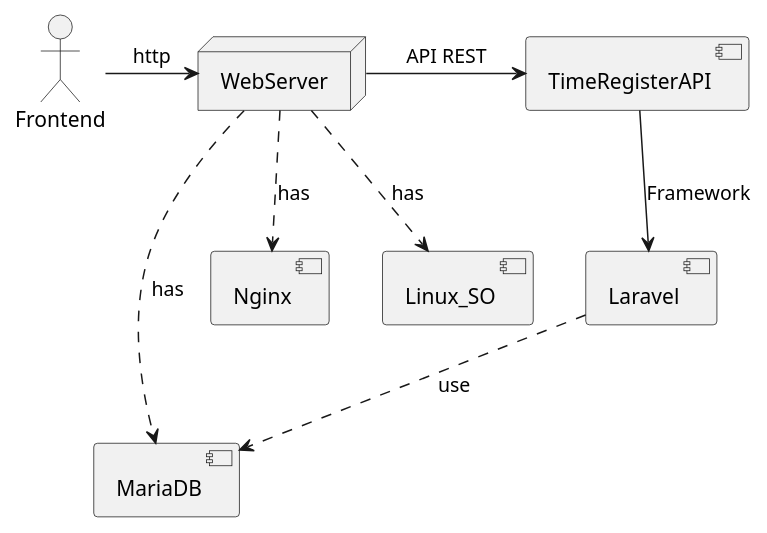
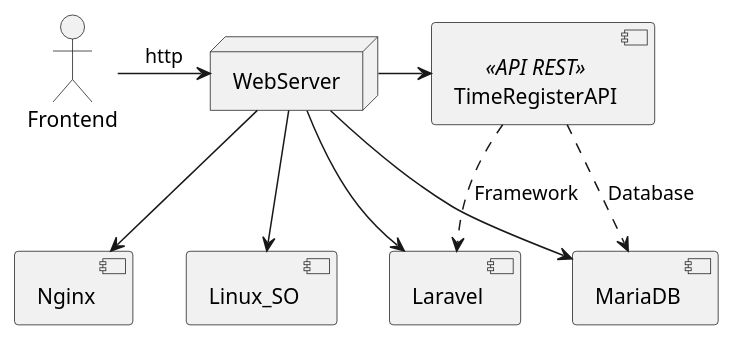
One commit to EscuelaIt/time-register changed the diagram in docs/src/deploy-diagram.plantuml. Above: the diagram before and after it, drawn with PlantUML. The commit also changed other lines of this file and 1 other file, not shown here.

Commit message:
cambios diagrama de despliegue

```diff
--- a/docs/src/deploy-diagram.plantuml
+++ b/docs/src/deploy-diagram.plantuml
@@ -1,18 +1,19 @@
 @startuml
 
 Actor Frontend
 node WebServer
-component TimeRegisterAPI
+component TimeRegisterAPI <<API REST>>
 component Laravel
 component MariaDB
 component Nginx
 component Linux_SO
 
 Frontend -> WebServer : http
-WebServer -right-> TimeRegisterAPI : API REST
-TimeRegisterAPI -down-> Laravel : Framework
-Laravel ..> MariaDB : use
-WebServer .down.> Nginx : has
-WebServer .down.> Linux_SO : has
-WebServer .down.> MariaDB : has
+WebServer -right-> TimeRegisterAPI 
+TimeRegisterAPI .down.> Laravel : Framework
+TimeRegisterAPI ..> MariaDB : Database
+WebServer -down-> Nginx 
+WebServer -down-> Linux_SO 
+WebServer -down-> MariaDB 
+WebServer -down-> Laravel
 @enduml
```
